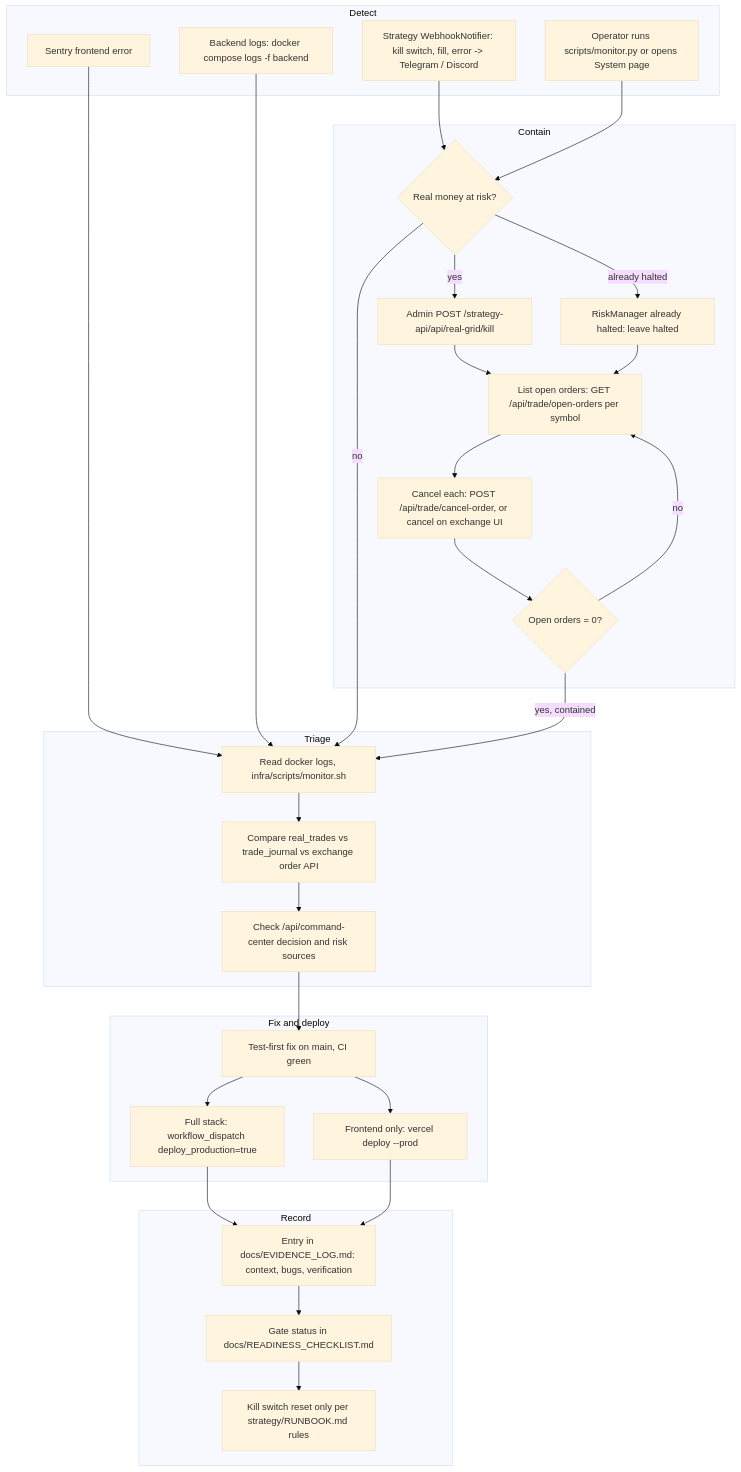
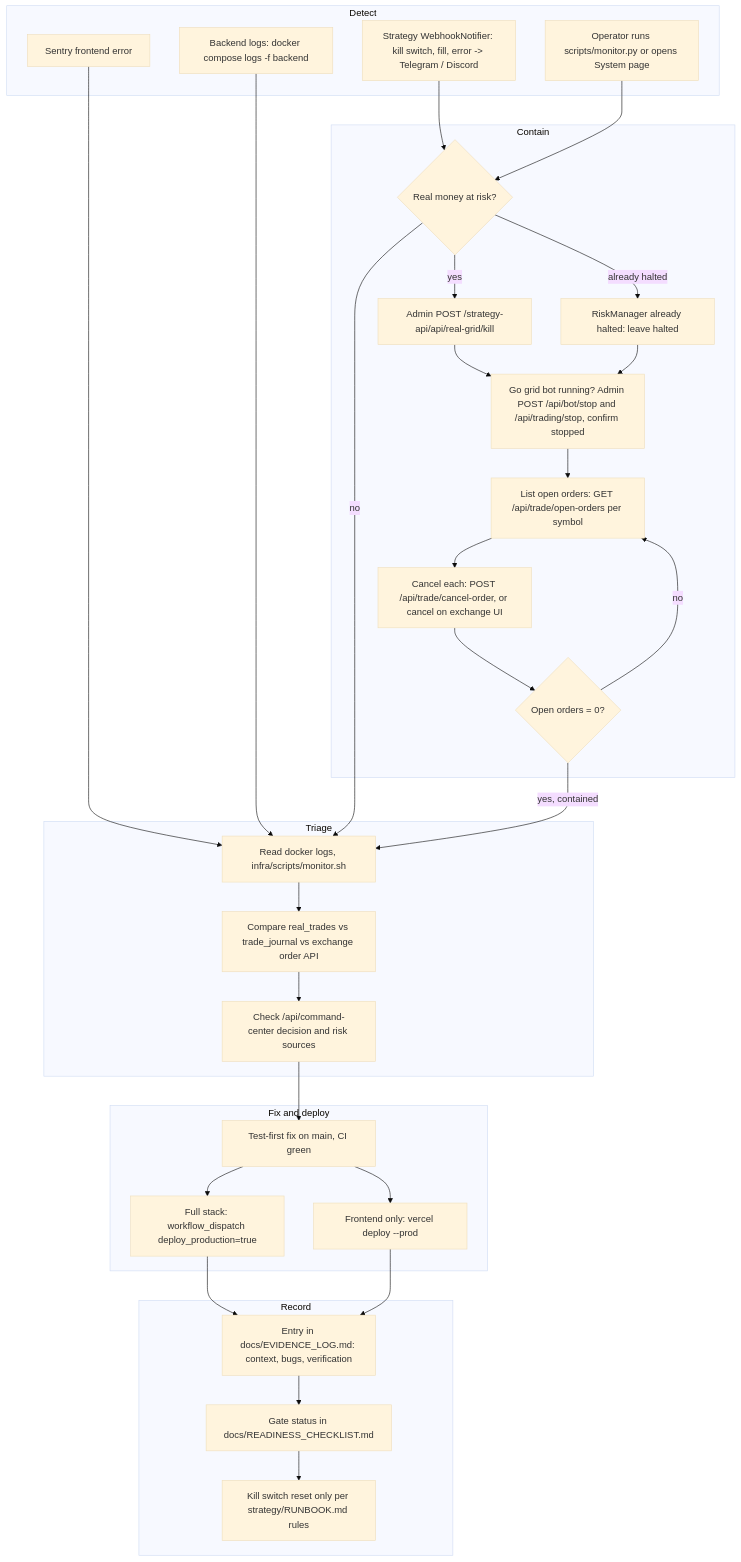
One commit to bookchaowalit-ai/finance-booktrading changed the diagram in docs/diagrams/21-incident-response.md. Above: the diagram before and after it, drawn with Mermaid (base theme). The commit also changed other lines of this file, not shown here.

Commit message:
docs: stop the Go grid bot before draining exchange orders
Codex review: the Python kill switch does not stop BotServiceImpl.gridTradingLoop
started via /api/bot/start or /api/trading/start.

````diff
--- a/docs/diagrams/21-incident-response.md
+++ b/docs/diagrams/21-incident-response.md
@@ -6,50 +6,52 @@
 ```mermaid
 flowchart TD
     subgraph Detect["Detect"]
         A1["Strategy WebhookNotifier: kill switch, fill, error -> Telegram / Discord"]
         A2["Sentry frontend error"]
         A3["Operator runs scripts/monitor.py or opens System page"]
         A4["Backend logs: docker compose logs -f backend"]
     end
     subgraph Contain["Contain"]
         C1{"Real money at risk?"}
         C2["Admin POST /strategy-api/api/real-grid/kill"]
         C3["RiskManager already halted: leave halted"]
+        C2b["Go grid bot running? Admin POST /api/bot/stop and /api/trading/stop, confirm stopped"]
         C4["List open orders: GET /api/trade/open-orders per symbol"]
         C5["Cancel each: POST /api/trade/cancel-order, or cancel on exchange UI"]
         C6{"Open orders = 0?"}
     end
     subgraph Triage["Triage"]
         T1["Read docker logs, infra/scripts/monitor.sh"]
         T2["Compare real_trades vs trade_journal vs exchange order API"]
         T3["Check /api/command-center decision and risk sources"]
     end
     subgraph Fix["Fix and deploy"]
         F1["Test-first fix on main, CI green"]
         F2["Full stack: workflow_dispatch deploy_production=true"]
         F3["Frontend only: vercel deploy --prod"]
     end
     subgraph Learn["Record"]
         P1["Entry in docs/EVIDENCE_LOG.md: context, bugs, verification"]
         P2["Gate status in docs/READINESS_CHECKLIST.md"]
         P3["Kill switch reset only per strategy/RUNBOOK.md rules"]
     end
     A1 --> C1
     A2 --> T1
     A3 --> C1
     A4 --> T1
     C1 -->|"yes"| C2
     C1 -->|"already halted"| C3
     C1 -->|"no"| T1
-    C2 --> C4
-    C3 --> C4
+    C2 --> C2b
+    C3 --> C2b
+    C2b --> C4
     C4 --> C5 --> C6
     C6 -->|"no"| C4
     C6 -->|"yes, contained"| T1
     T1 --> T2 --> T3 --> F1
     F1 --> F2
     F1 --> F3
     F2 --> P1
     F3 --> P1
     P1 --> P2 --> P3
 ```
````
